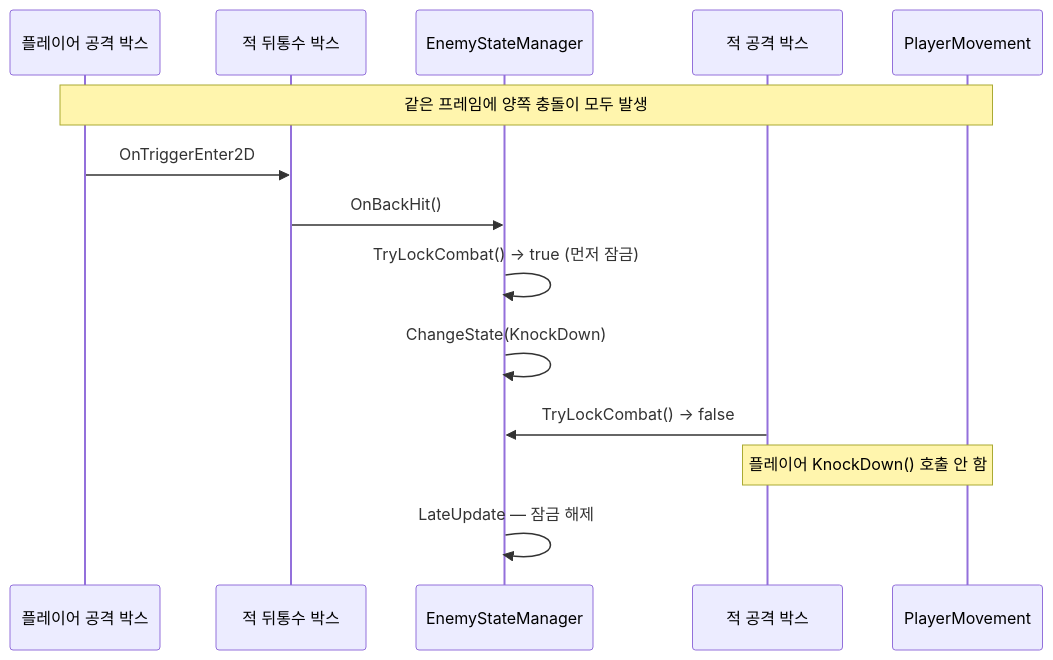
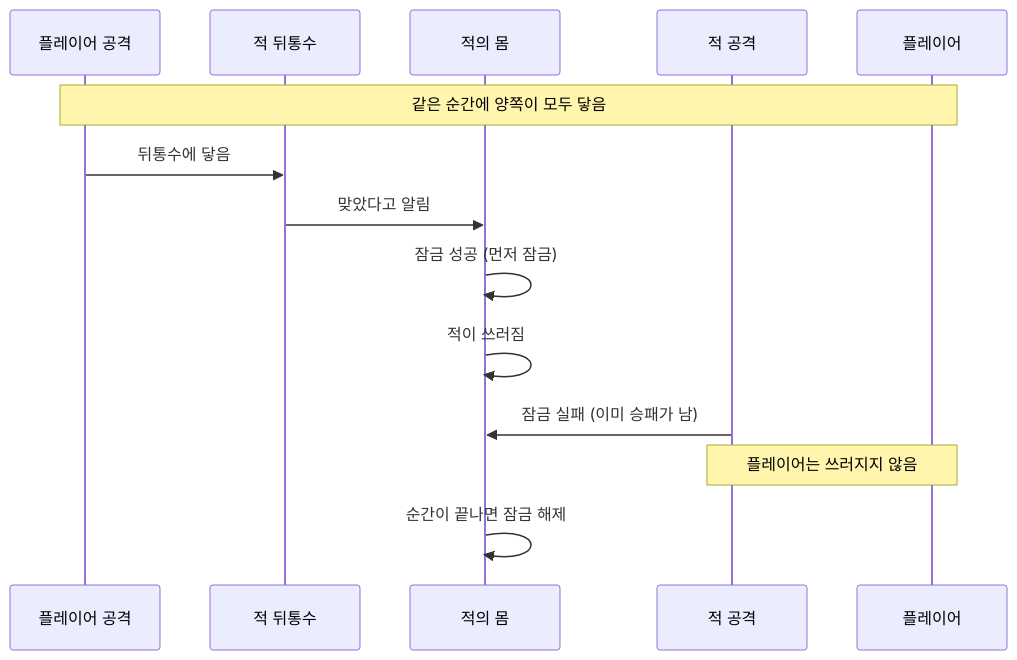
One commit to pinkshield/portfolio changed the third of 3 diagrams in src/1-watch-your-back/기술문서.md. Above: the diagram before and after it, drawn with Mermaid. The commit also changed other lines of this file and 1 other file, not shown here.

````diff
--- a/src/1-watch-your-back/기술문서.md
+++ b/src/1-watch-your-back/기술문서.md
@@ -291,16 +312,16 @@
 ```mermaid
 sequenceDiagram
-    participant P as 플레이어 공격 박스
-    participant B as 적 뒤통수 박스
-    participant M as EnemyStateManager
-    participant A as 적 공격 박스
-    participant PL as PlayerMovement
-    Note over P,PL: 같은 프레임에 양쪽 충돌이 모두 발생
-    P->>B: OnTriggerEnter2D
-    B->>M: OnBackHit()
-    M->>M: TryLockCombat() → true (먼저 잠금)
-    M->>M: ChangeState(KnockDown)
-    A->>M: TryLockCombat() → false
-    Note over A,PL: 플레이어 KnockDown() 호출 안 함
-    M->>M: LateUpdate — 잠금 해제
+    participant P as 플레이어 공격
+    participant B as 적 뒤통수
+    participant M as 적의 몸
+    participant A as 적 공격
+    participant PL as 플레이어
+    Note over P,PL: 같은 순간에 양쪽이 모두 닿음
+    P->>B: 뒤통수에 닿음
+    B->>M: 맞았다고 알림
+    M->>M: 잠금 성공 (먼저 잠금)
+    M->>M: 적이 쓰러짐
+    A->>M: 잠금 실패 (이미 승패가 남)
+    Note over A,PL: 플레이어는 쓰러지지 않음
+    M->>M: 순간이 끝나면 잠금 해제
 ```
````
